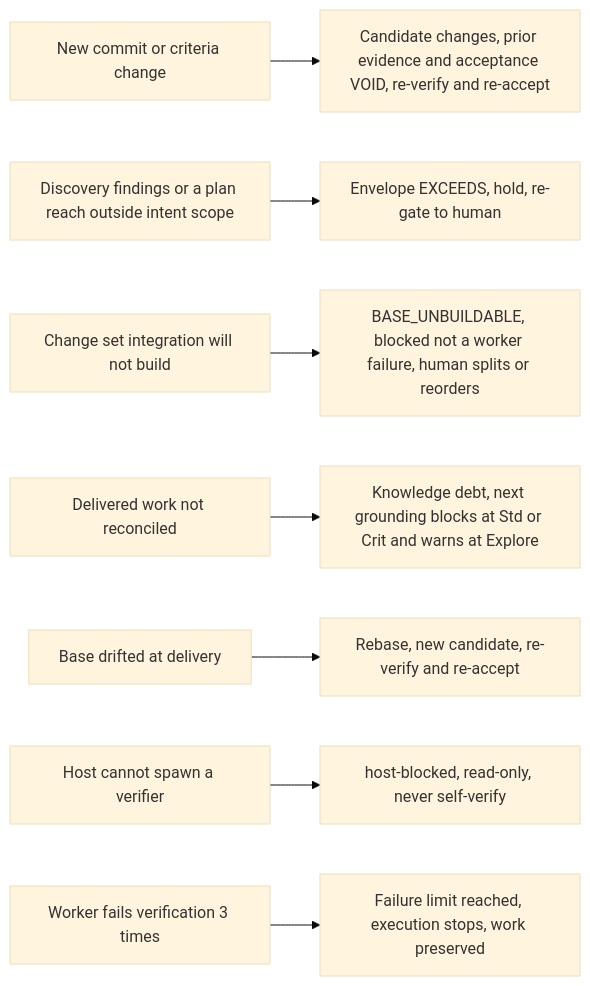
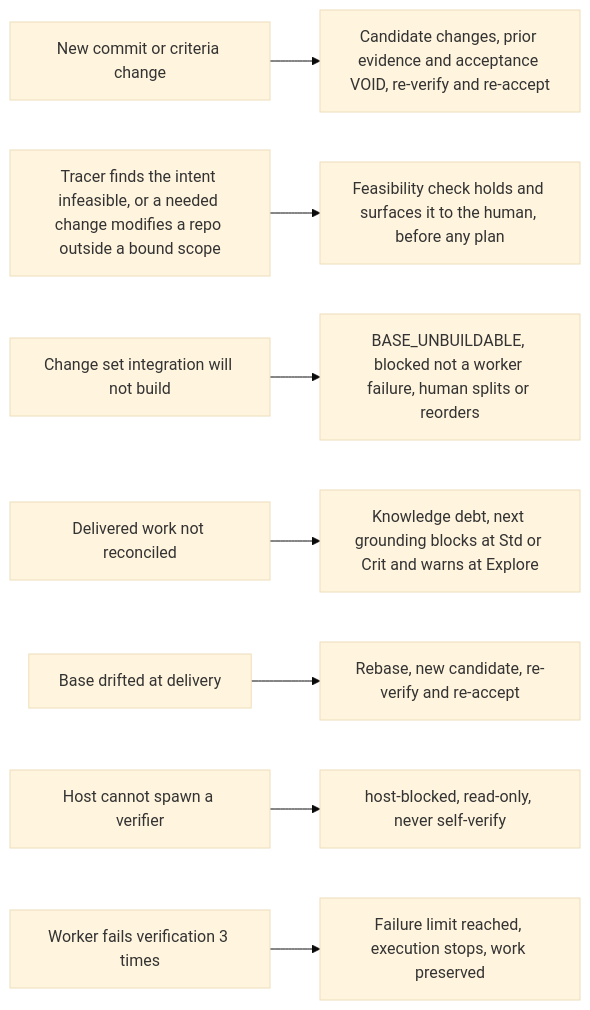
The sixth of 7 diagrams in sources/context-circuit-v1.0/diagrams.md (kaotypr/context-circuit-source), drawn with Mermaid (base theme) before and after one commit. The commit also changed other lines of this file and 24 other files, not shown here.

First line of the commit message:
docs(sources): reframe v1.0 study around feasibility, rename discovery to tracer

````diff
--- a/sources/context-circuit-v1.0/diagrams.md
+++ b/sources/context-circuit-v1.0/diagrams.md
@@ -151,10 +148,10 @@
 ```mermaid
 flowchart LR
     C1[New commit or criteria change] --> C1b[Candidate changes, prior evidence and acceptance VOID, re-verify and re-accept]
-    C2[Discovery findings or a plan reach outside intent scope] --> C2b[Envelope EXCEEDS, hold, re-gate to human]
+    C2[Tracer finds the intent infeasible, or a needed change modifies a repo outside a bound scope] --> C2b[Feasibility check holds and surfaces it to the human, before any plan]
     C3[Change set integration will not build] --> C3b[BASE_UNBUILDABLE, blocked not a worker failure, human splits or reorders]
     C4[Delivered work not reconciled] --> C4b[Knowledge debt, next grounding blocks at Std or Crit and warns at Explore]
     C5[Base drifted at delivery] --> C5b[Rebase, new candidate, re-verify and re-accept]
     C6[Host cannot spawn a verifier] --> C6b[host-blocked, read-only, never self-verify]
     C7[Worker fails verification 3 times] --> C7b[Failure limit reached, execution stops, work preserved]
 ```
````
